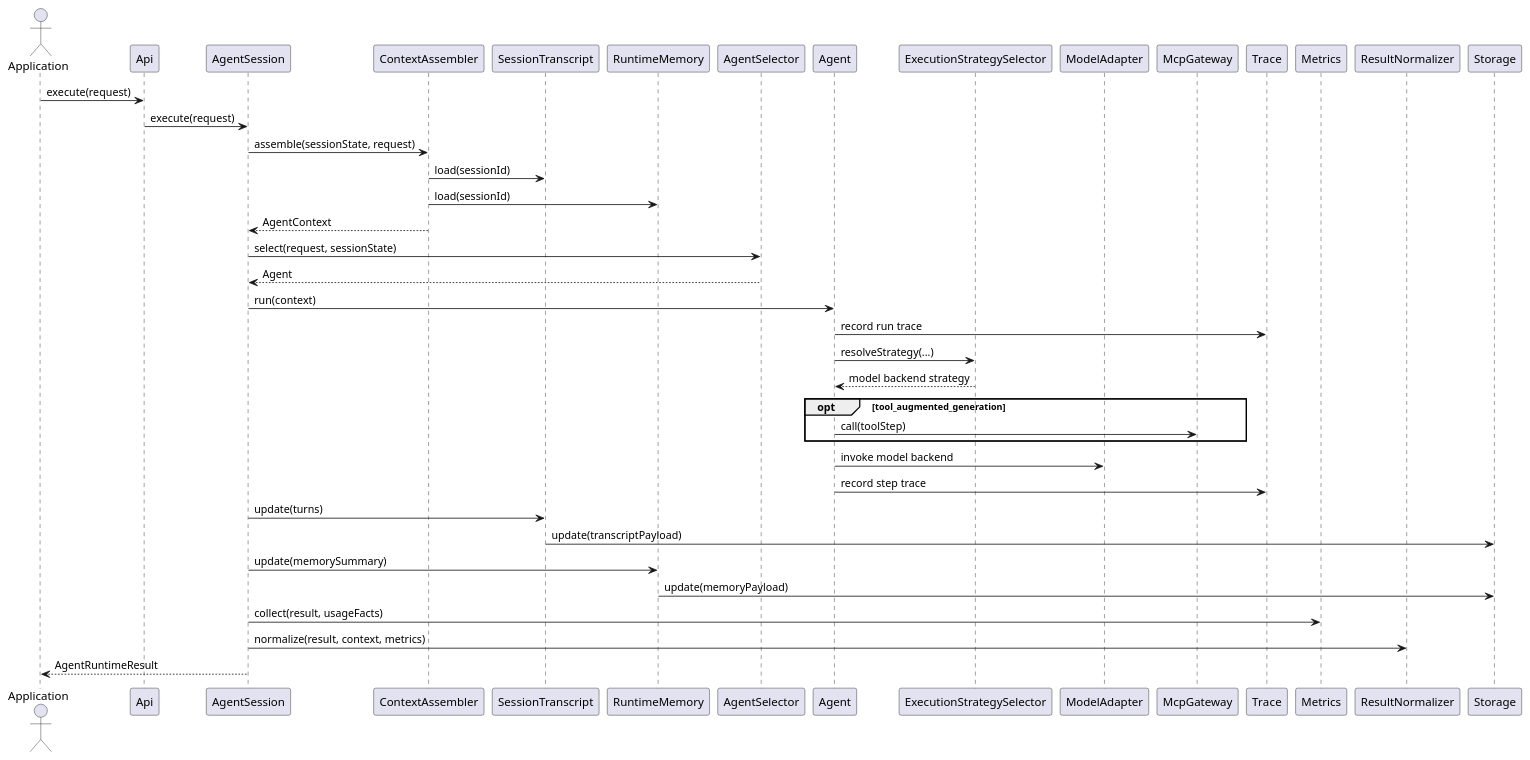
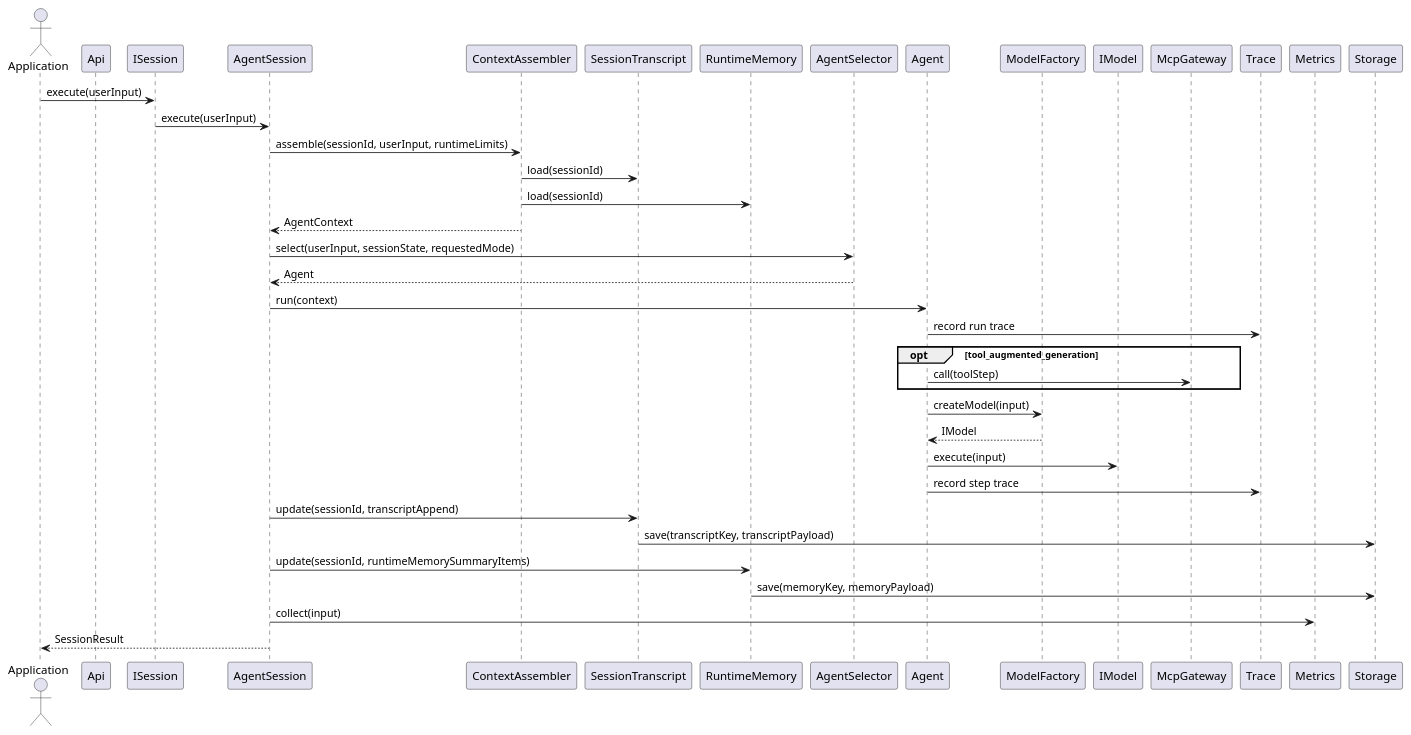
The third of 5 diagrams in infra_projects/projects/agent_runtime/docs/TechnicalArchitecture.md (lucky-chen/ai_workflow_travel), drawn with PlantUML before and after one commit. The commit also changed other lines of this file and 32 other files, not shown here.

First line of the commit message:
[AI] gpt-5.4: implement agent runtime src_new foundation and align plans

````diff
--- a/infra_projects/projects/agent_runtime/docs/TechnicalArchitecture.md
+++ b/infra_projects/projects/agent_runtime/docs/TechnicalArchitecture.md
@@ -486,44 +480,43 @@
 ```plantuml
 @startuml
 actor Application
 participant Api
+participant ISession
 participant AgentSession
 participant ContextAssembler
 participant SessionTranscript
 participant RuntimeMemory
 participant AgentSelector
 participant Agent
-participant ExecutionStrategySelector
-participant ModelAdapter
+participant ModelFactory
+participant IModel
 participant McpGateway
 participant Trace
 participant Metrics
-participant ResultNormalizer
 participant Storage
 
-Application -> Api: execute(request)
-Api -> AgentSession: execute(request)
-AgentSession -> ContextAssembler: assemble(sessionState, request)
+Application -> ISession: execute(userInput)
+ISession -> AgentSession: execute(userInput)
+AgentSession -> ContextAssembler: assemble(sessionId, userInput, runtimeLimits)
 ContextAssembler -> SessionTranscript: load(sessionId)
 ContextAssembler -> RuntimeMemory: load(sessionId)
 ContextAssembler --> AgentSession: AgentContext
-AgentSession -> AgentSelector: select(request, sessionState)
+AgentSession -> AgentSelector: select(userInput, sessionState, requestedMode)
 AgentSelector --> AgentSession: Agent
 AgentSession -> Agent: run(context)
 Agent -> Trace: record run trace
-Agent -> ExecutionStrategySelector: resolveStrategy(...)
-ExecutionStrategySelector --> Agent: model backend strategy
 opt tool_augmented_generation
   Agent -> McpGateway: call(toolStep)
 end
-Agent -> ModelAdapter: invoke model backend
+Agent -> ModelFactory: createModel(input)
+ModelFactory --> Agent: IModel
+Agent -> IModel: execute(input)
 Agent -> Trace: record step trace
-AgentSession -> SessionTranscript: update(turns)
-SessionTranscript -> Storage: update(transcriptPayload)
-AgentSession -> RuntimeMemory: update(memorySummary)
-RuntimeMemory -> Storage: update(memoryPayload)
-AgentSession -> Metrics: collect(result, usageFacts)
-AgentSession -> ResultNormalizer: normalize(result, context, metrics)
-AgentSession --> Application: AgentRuntimeResult
+AgentSession -> SessionTranscript: update(sessionId, transcriptAppend)
+SessionTranscript -> Storage: save(transcriptKey, transcriptPayload)
+AgentSession -> RuntimeMemory: update(sessionId, runtimeMemorySummaryItems)
+RuntimeMemory -> Storage: save(memoryKey, memoryPayload)
+AgentSession -> Metrics: collect(input)
+AgentSession --> Application: SessionResult
 @enduml
 ```
````
